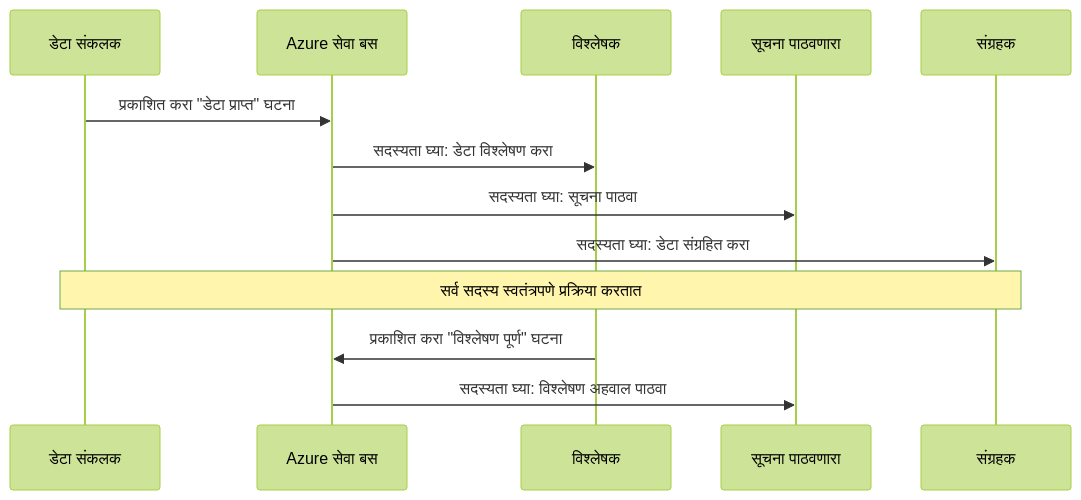
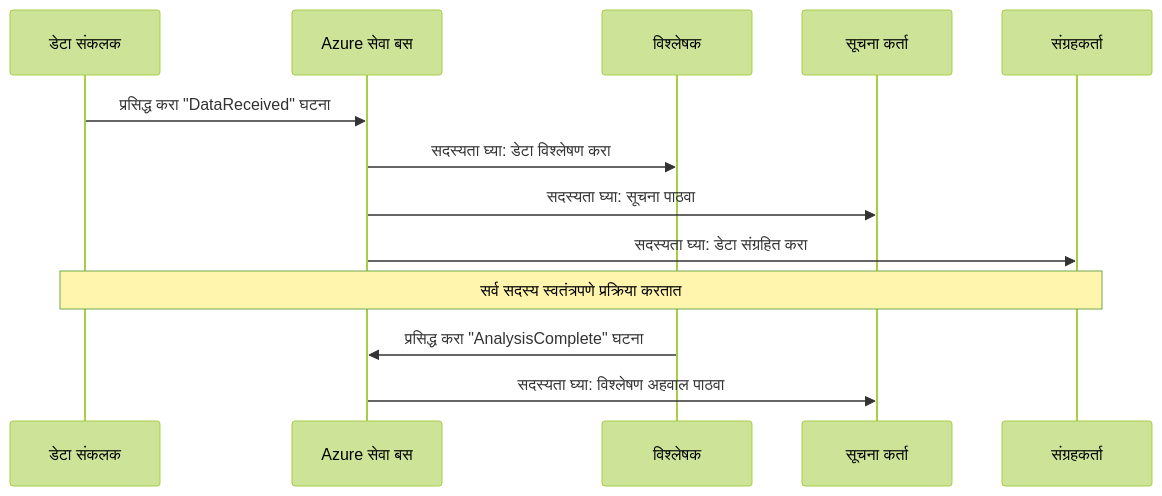
The fourth of 6 diagrams in translations/mr/docs/chapter-06-pre-deployment/coordination-patterns.md (microsoft/AZD-for-beginners), drawn with Mermaid (forest theme) before and after one commit. The commit also changed other lines of this file and 101 other files, not shown here.

````diff
--- a/translations/mr/docs/chapter-06-pre-deployment/coordination-patterns.md
+++ b/translations/mr/docs/chapter-06-pre-deployment/coordination-patterns.md
@@ -191,18 +185,18 @@
 ```mermaid
 sequenceDiagram
     participant Agent1 as डेटा संकलक
     participant EventBus as Azure सेवा बस
     participant Agent2 as विश्लेषक
-    participant Agent3 as सूचना पाठवणारा
-    participant Agent4 as संग्रहक
+    participant Agent3 as सूचना कर्ता
+    participant Agent4 as संग्रहकर्ता
     
-    Agent1->>EventBus: प्रकाशित करा "डेटा प्राप्त" घटना
+    Agent1->>EventBus: प्रसिद्ध करा "DataReceived" घटना
     EventBus->>Agent2: सदस्यता घ्या: डेटा विश्लेषण करा
     EventBus->>Agent3: सदस्यता घ्या: सूचना पाठवा
     EventBus->>Agent4: सदस्यता घ्या: डेटा संग्रहित करा
     
     Note over Agent1,Agent4: सर्व सदस्य स्वतंत्रपणे प्रक्रिया करतात
     
-    Agent2->>EventBus: प्रकाशित करा "विश्लेषण पूर्ण" घटना
+    Agent2->>EventBus: प्रसिद्ध करा "AnalysisComplete" घटना
     EventBus->>Agent3: सदस्यता घ्या: विश्लेषण अहवाल पाठवा
 ```
````
